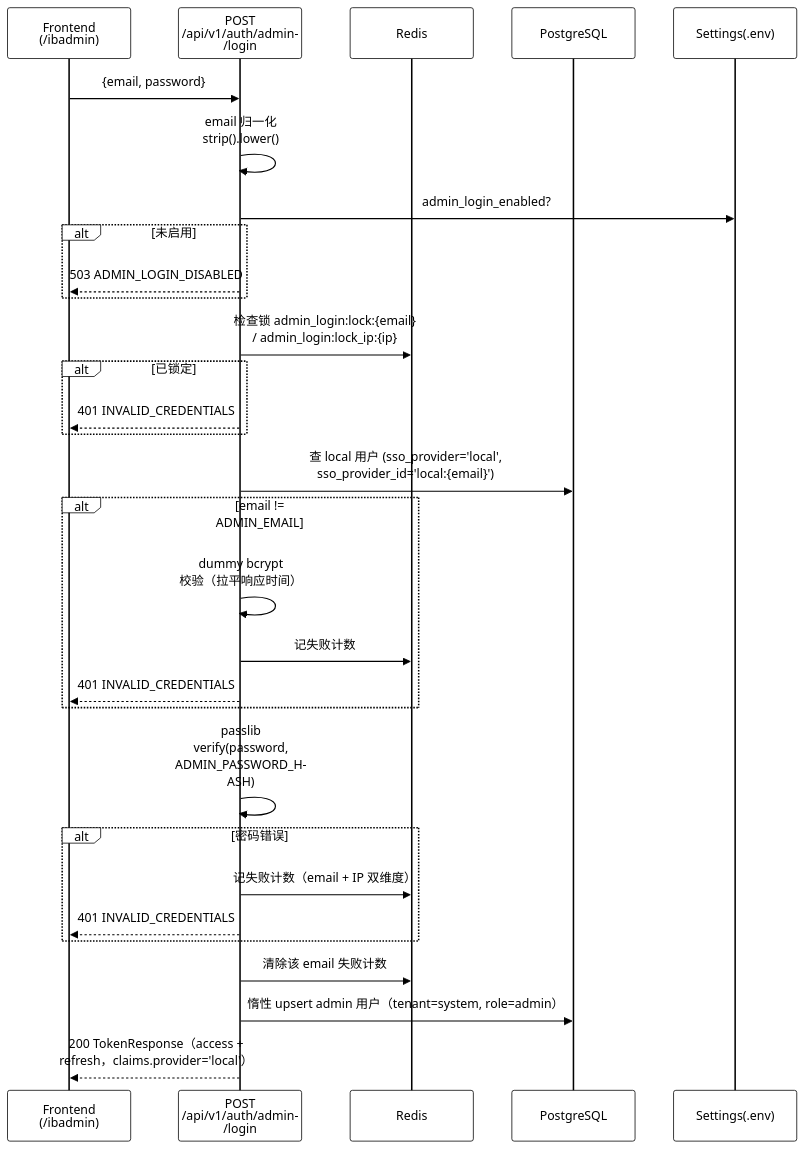
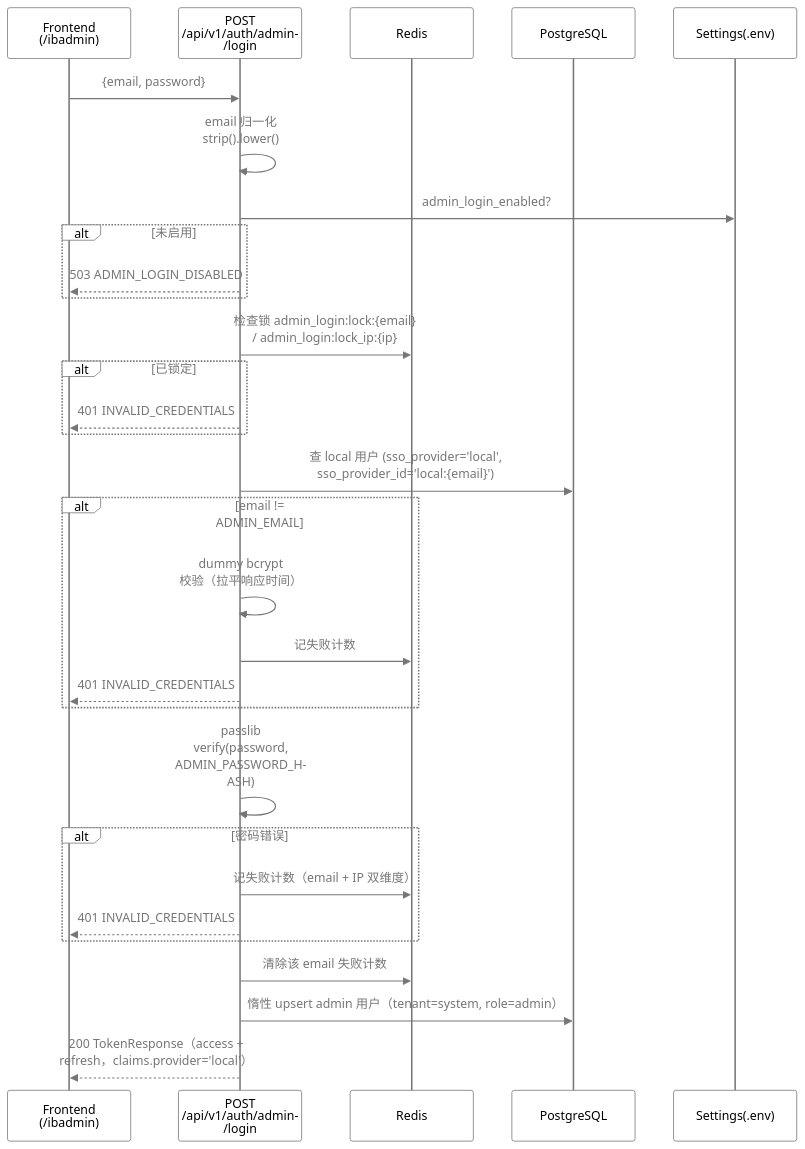
One commit to onceme/instantboard changed the diagram in docs/dev-guide/design/admin-login.md. Above: the diagram before and after it, drawn with Mermaid. The commit also changed 12 other files, not shown here.

Commit message:
docs: switch mermaid palette to theme-neutral gray and restore default curves

````diff
--- a/docs/dev-guide/design/admin-login.md
+++ b/docs/dev-guide/design/admin-login.md
@@ -50,34 +50,34 @@
 ```mermaid
-%%{init: {"theme": "base", "themeVariables": {"background": "#ffffff", "actorBkg": "#ffffff", "actorBorder": "#000000", "actorTextColor": "#000000", "actorLineColor": "#000000", "noteBkgColor": "#ffffff", "noteTextColor": "#000000", "noteBorderColor": "#000000", "activationBkgColor": "#ffffff", "activationBorderColor": "#000000", "signalColor": "#000000", "signalTextColor": "#000000", "labelBoxBkgColor": "#ffffff", "labelBoxBorderColor": "#000000", "labelTextColor": "#000000", "loopTextColor": "#000000", "altSectionBkgColor": "#ffffff", "sequenceNumberColor": "#000000", "fontSize": "14px"}, "sequence": {"mirrorActors": true, "actorMargin": 50, "width": 160, "height": 50, "messageMargin": 40, "noteMargin": 10, "boxMargin": 8, "wrap": true}}}%%
+%%{init: {"theme": "base", "themeVariables": {"actorBkg": "#ffffff", "actorBorder": "#767676", "actorTextColor": "#000000", "actorLineColor": "#767676", "noteBkgColor": "#ffffff", "noteTextColor": "#000000", "noteBorderColor": "#767676", "activationBkgColor": "#ffffff", "activationBorderColor": "#767676", "signalColor": "#767676", "signalTextColor": "#767676", "labelBoxBkgColor": "#ffffff", "labelBoxBorderColor": "#767676", "labelTextColor": "#000000", "loopTextColor": "#767676", "altSectionBkgColor": "#ffffff", "sequenceNumberColor": "#000000", "fontSize": "14px"}, "sequence": {"mirrorActors": true, "actorMargin": 50, "width": 160, "height": 50, "messageMargin": 40, "noteMargin": 10, "boxMargin": 8, "wrap": true}}}%%
 sequenceDiagram
     participant FE as Frontend (/ibadmin)
     participant API as POST /api/v1/auth/admin/login
     participant Redis
     participant DB as PostgreSQL
     participant CFG as Settings(.env)
 
     FE->>API: {email, password}
     API->>API: email 归一化 strip().lower()
     API->>CFG: admin_login_enabled?
     alt 未启用
         API-->>FE: 503 ADMIN_LOGIN_DISABLED
     end
     API->>Redis: 检查锁 admin_login:lock:{email} / admin_login:lock_ip:{ip}
     alt 已锁定
         API-->>FE: 401 INVALID_CREDENTIALS
     end
     API->>DB: 查 local 用户 (sso_provider='local', sso_provider_id='local:{email}')
     alt email != ADMIN_EMAIL
         API->>API: dummy bcrypt 校验（拉平响应时间）
         API->>Redis: 记失败计数
         API-->>FE: 401 INVALID_CREDENTIALS
     end
     API->>API: passlib verify(password, ADMIN_PASSWORD_HASH)
     alt 密码错误
         API->>Redis: 记失败计数（email + IP 双维度）
         API-->>FE: 401 INVALID_CREDENTIALS
     end
     API->>Redis: 清除该 email 失败计数
     API->>DB: 惰性 upsert admin 用户（tenant=system, role=admin）
     API-->>FE: 200 TokenResponse（access + refresh，claims.provider='local'）
 ```
````
